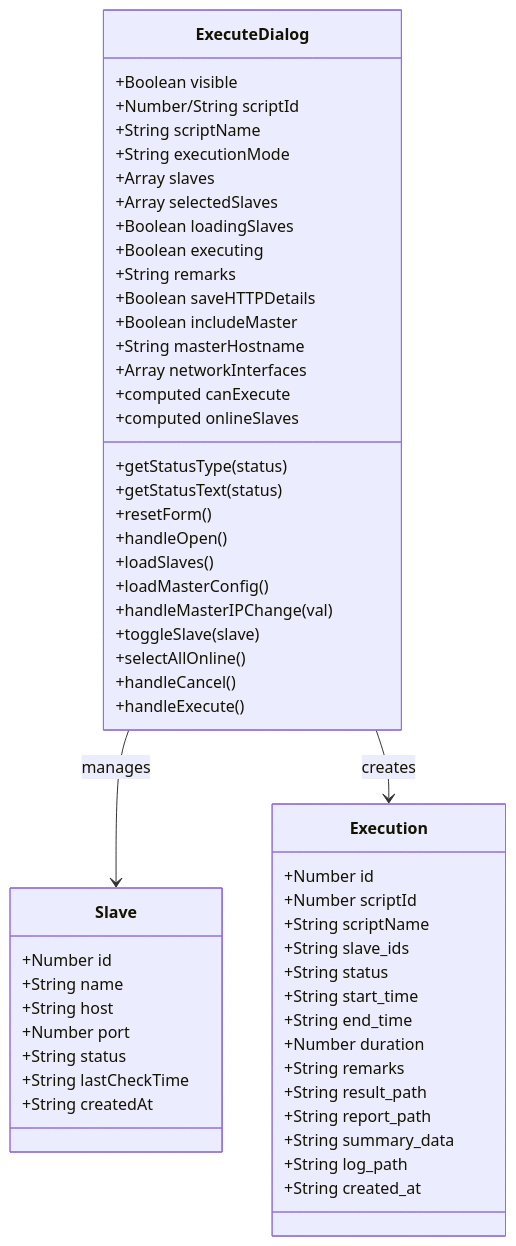
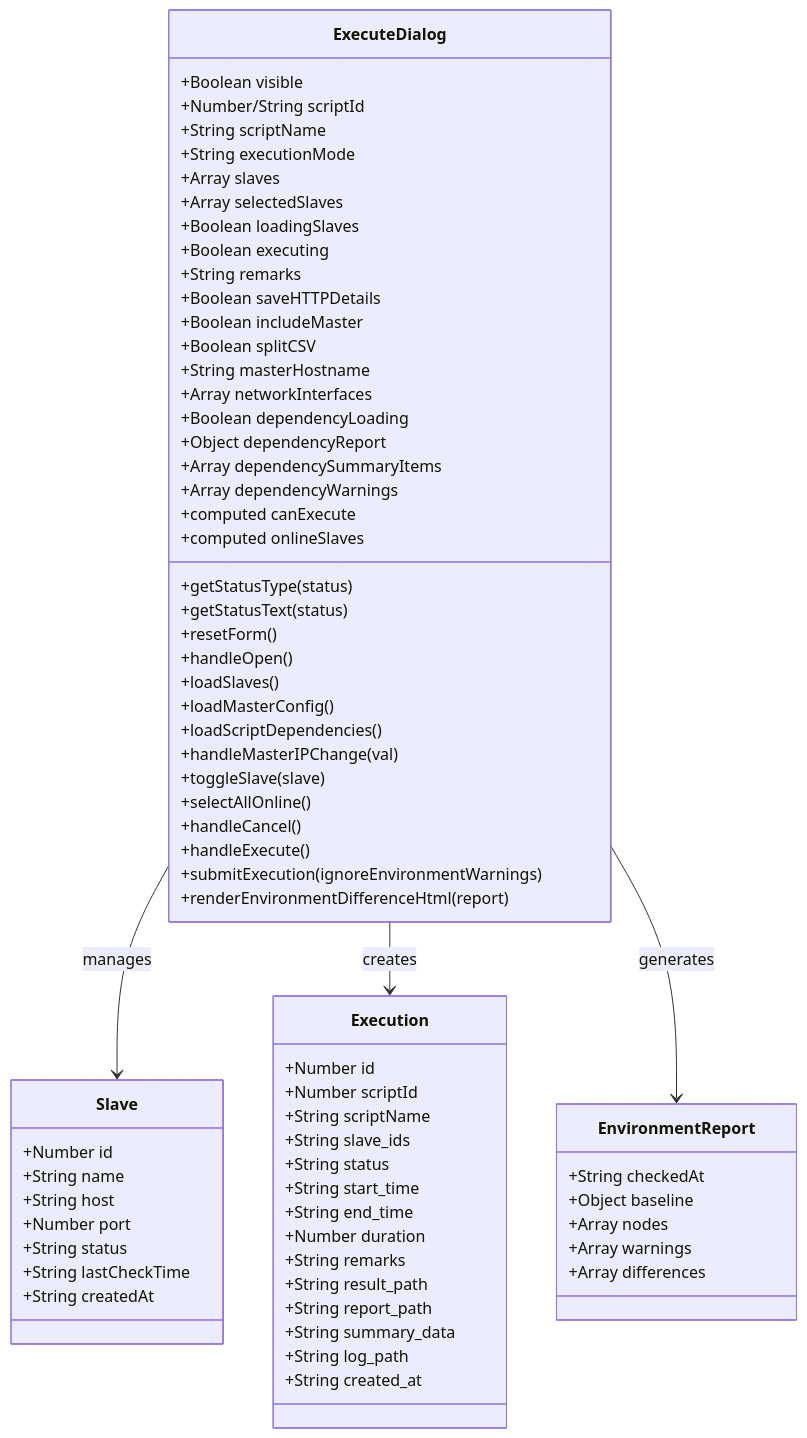
The third of 10 diagrams in .qoder/repowiki/zh/content/前端组件详解/执行对话框组件.md (Liyuhao02/Jmeter-Admin), drawn with Mermaid before and after one commit. The commit also changed other lines of this file and 7 other files, not shown here.

````diff
--- a/.qoder/repowiki/zh/content/前端组件详解/执行对话框组件.md
+++ b/.qoder/repowiki/zh/content/前端组件详解/执行对话框组件.md
@@ -144,58 +189,74 @@
 ```mermaid
 classDiagram
 class ExecuteDialog {
 +Boolean visible
 +Number/String scriptId
 +String scriptName
 +String executionMode
 +Array slaves
 +Array selectedSlaves
 +Boolean loadingSlaves
 +Boolean executing
 +String remarks
 +Boolean saveHTTPDetails
 +Boolean includeMaster
++Boolean splitCSV
 +String masterHostname
 +Array networkInterfaces
++Boolean dependencyLoading
++Object dependencyReport
++Array dependencySummaryItems
++Array dependencyWarnings
 +computed canExecute
 +computed onlineSlaves
 +getStatusType(status)
 +getStatusText(status)
 +resetForm()
 +handleOpen()
 +loadSlaves()
 +loadMasterConfig()
++loadScriptDependencies()
 +handleMasterIPChange(val)
 +toggleSlave(slave)
 +selectAllOnline()
 +handleCancel()
 +handleExecute()
++submitExecution(ignoreEnvironmentWarnings)
++renderEnvironmentDifferenceHtml(report)
 }
 class Slave {
 +Number id
 +String name
 +String host
 +Number port
 +String status
 +String lastCheckTime
 +String createdAt
 }
 class Execution {
 +Number id
 +Number scriptId
 +String scriptName
 +String slave_ids
 +String status
 +String start_time
 +String end_time
 +Number duration
 +String remarks
 +String result_path
 +String report_path
 +String summary_data
 +String log_path
 +String created_at
 }
+class EnvironmentReport {
++String checkedAt
++Object baseline
++Array nodes
++Array warnings
++Array differences
+}
 ExecuteDialog --> Slave : manages
 ExecuteDialog --> Execution : creates
+ExecuteDialog --> EnvironmentReport : generates
 ```
````
